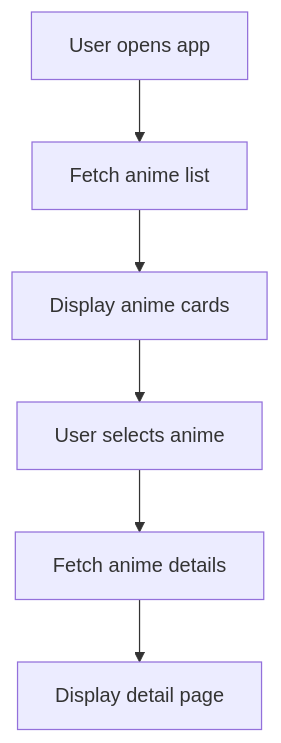
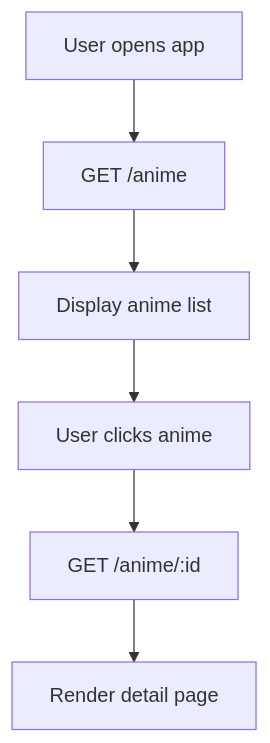
The first of 3 diagrams in docs/docs/anime.md (hardiksuthar74/animit), drawn with Mermaid before and after one commit. The commit also changed other lines of this file and 1 other file, not shown here.

Commit message:
update: anime docs upgrade

````diff
--- a/docs/docs/anime.md
+++ b/docs/docs/anime.md
@@ -39,8 +43,8 @@
 ```mermaid
 flowchart TD
-    A[User opens app] --> B[Fetch anime list]
-    B --> C[Display anime cards]
-    C --> D[User selects anime]
-    D --> E[Fetch anime details]
-    E --> F[Display detail page]
+    A[User opens app] --> B[GET /anime]
+    B --> C[Display anime list]
+    C --> D[User clicks anime]
+    D --> E[GET /anime/:id]
+    E --> F[Render detail page]
 ```
````
